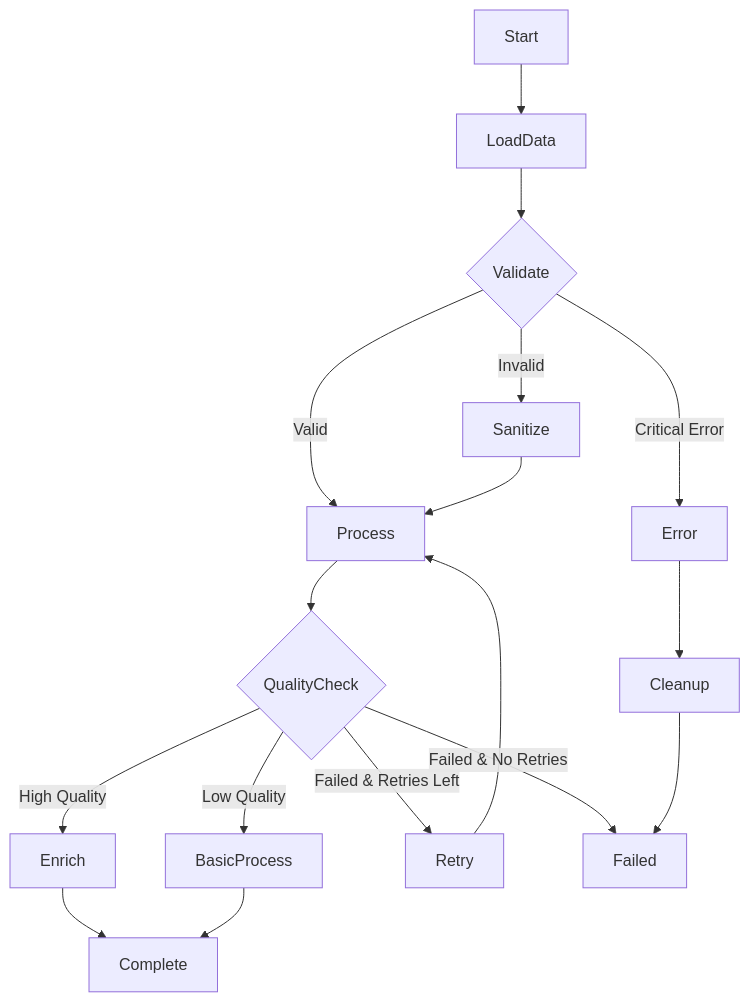
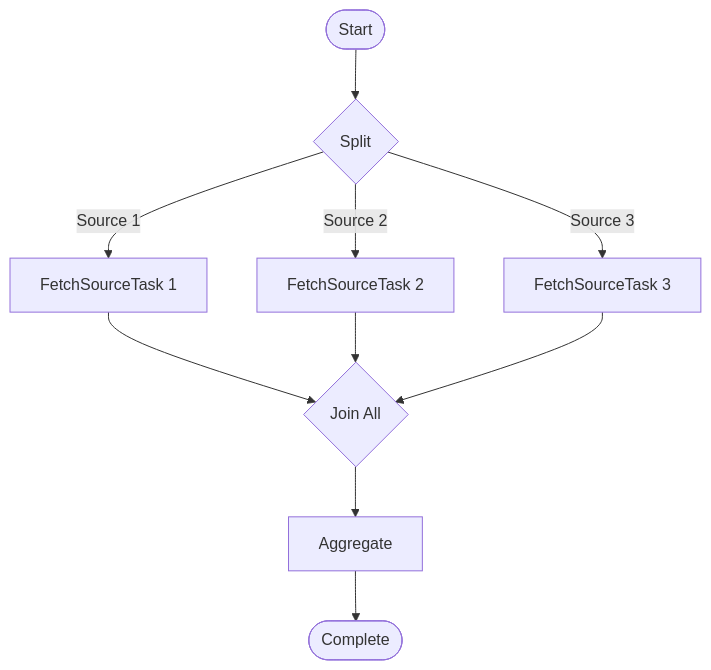
One commit to nassor/cano changed the diagram in README.md. Above: the diagram before and after it, drawn with Mermaid. The commit also changed other lines of this file and 1 other file, not shown here.

````diff
--- a/README.md
+++ b/README.md
@@ -326,19 +37,12 @@
 ```mermaid
 graph TD
-    A[Start] --> B[LoadData]
-    B --> C{Validate}
-    C -->|Valid| D[Process]
-    C -->|Invalid| E[Sanitize]  
-    C -->|Critical Error| F[Error]
-    E --> D
-    D --> G{QualityCheck}
-    G -->|High Quality| H[Enrich]
-    G -->|Low Quality| I[BasicProcess]
-    G -->|Failed & Retries Left| J[Retry]
-    G -->|Failed & No Retries| K[Failed]
-    H --> L[Complete]
-    I --> L
-    J --> D
-    F --> M[Cleanup]
-    M --> K
+    Start([Start]) --> Split{Split}
+    Split -->|Source 1| T1[FetchSourceTask 1]
+    Split -->|Source 2| T2[FetchSourceTask 2]
+    Split -->|Source 3| T3[FetchSourceTask 3]
+    T1 --> Join{Join All}
+    T2 --> Join
+    T3 --> Join
+    Join --> Aggregate[Aggregate]
+    Aggregate --> Complete([Complete])
 ```
````
